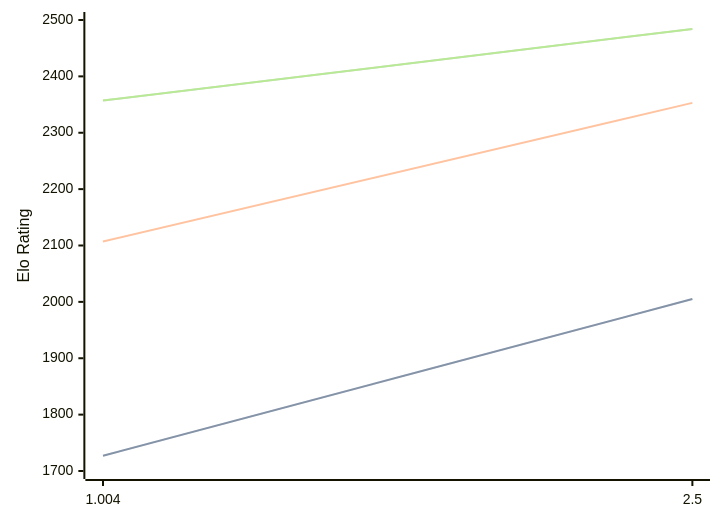
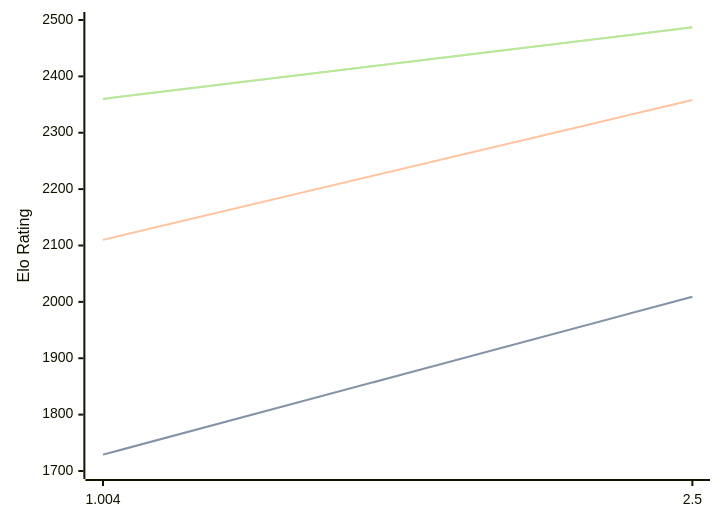
The diagram in engines/Ares.md (computer-chess-index/cci), drawn with Mermaid before and after one commit. The commit also changed other lines of this file, not shown here.

Commit message:
Update CCI Ratings (ELO VLTC) - 2026-04-30

````diff
--- a/engines/Ares.md
+++ b/engines/Ares.md
@@ -32,11 +32,11 @@
 ```mermaid
 %%{init: {"theme":"base","themeVariables":{"seriesColors:['#a3a3a3','#222221','#faa371']}}}%%
 xychart-beta
   x-axis ["1.004", "2.5"]
   y-axis "Elo Rating" 1700 --> 2500
-  line "STC (8.0+0.08s)" [1727, 2005]
-  line "STC (8.0+0.08s)" [1727, 2005]
-  line "LTC (60.0+0.60s)" [2107, 2353]
-  line "VLTC (2m24s+1.12s)" [2357, 2484]
-  line "VLTC (2m24s+1.12s)" [2357, 2484]
+  line "STC (8.0+0.08s)" [1729, 2009]
+  line "STC (8.0+0.08s)" [1729, 2009]
+  line "LTC (60.0+0.60s)" [2110, 2358]
+  line "VLTC (2m24s+1.12s)" [2360, 2487]
+  line "VLTC (2m24s+1.12s)" [2360, 2487]
 ```
````
